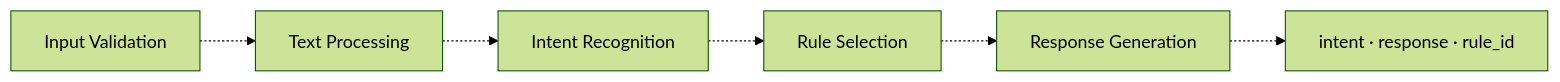
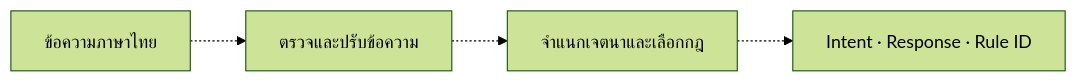
One commit to siwakon8285/thai-anti-scam-ai changed the first of 2 diagrams in README.md. Above: the diagram before and after it, drawn with Mermaid (forest theme). The commit also changed other lines of this file and 2 other files, not shown here.

````diff
--- a/README.md
+++ b/README.md
@@ -63,8 +31,6 @@
 ```mermaid
 flowchart LR
-    input["Input Validation"] -.-> text["Text Processing"]
-    text -.-> recognition["Intent Recognition"]
-    recognition -.-> rules["Rule Selection"]
-    rules -.-> response["Response Generation"]
-    response -.-> output["intent · response · rule_id"]
+    input["ข้อความภาษาไทย"] -.-> text["ตรวจและปรับข้อความ"]
+    text -.-> rules["จำแนกเจตนาและเลือกกฎ"]
+    rules -.-> output["Intent · Response · Rule ID"]
 ```
````
